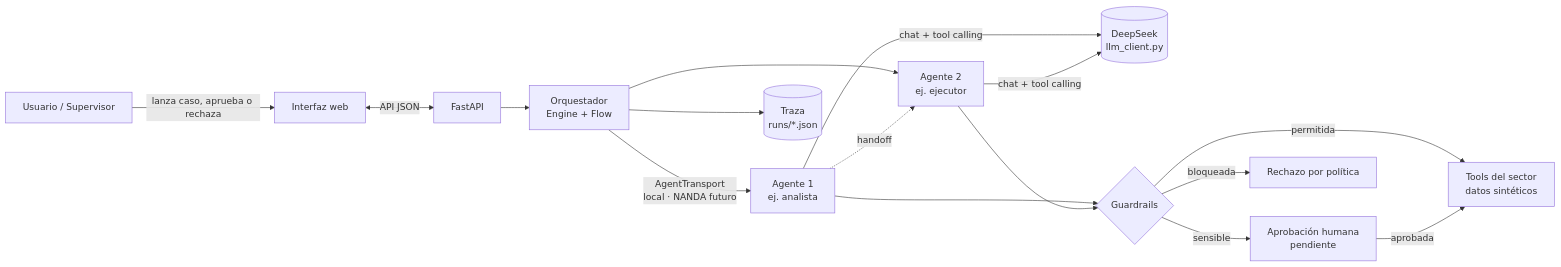
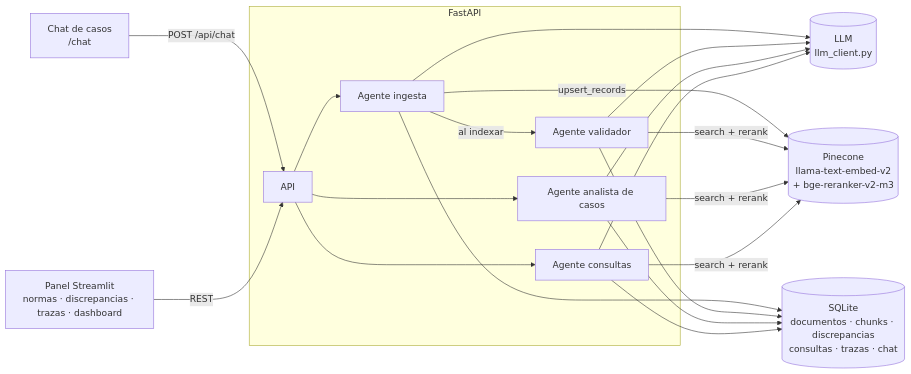
The diagram in README.md (vega012/hacktaton), drawn with Mermaid before and after one commit. The commit also changed other lines of this file and 1 other file, not shown here.

First line of the commit message:
README y PITCH del caso B2 normativa

````diff
--- a/README.md
+++ b/README.md
@@ -26,16 +43,19 @@
 ```mermaid
 flowchart LR
-    U[Usuario / Supervisor] -->|lanza caso, aprueba o rechaza| UI[Interfaz web]
-    UI <-->|API JSON| API[FastAPI]
-    API --> ENG[Orquestador<br/>Engine + Flow]
-    ENG -->|AgentTransport<br/>local · NANDA futuro| A1[Agente 1<br/>ej. analista]
-    ENG --> A2[Agente 2<br/>ej. ejecutor]
-    A1 -. handoff .-> A2
-    A1 & A2 -->|chat + tool calling| LLM[(DeepSeek<br/>llm_client.py)]
-    A1 & A2 --> G{Guardrails}
-    G -->|permitida| T[Tools del sector<br/>datos sintéticos]
-    G -->|sensible| AP[Aprobación humana<br/>pendiente]
-    G -->|bloqueada| X[Rechazo por política]
-    AP -->|aprobada| T
-    ENG --> TR[(Traza<br/>runs/*.json)]
+  CH[Chat de casos<br/>/chat] -->|POST /api/chat| API
+  ST[Panel Streamlit<br/>normas · discrepancias · trazas · dashboard] -->|REST| API
+  subgraph FastAPI
+    API[API]
+    IN[Agente ingesta]
+    VA[Agente validador]
+    AC[Agente analista de casos]
+    CO[Agente consultas]
+  end
+  API --> IN -->|al indexar| VA
+  API --> AC
+  API --> CO
+  IN & VA & AC & CO --> LLM[(LLM<br/>llm_client.py)]
+  IN -->|upsert_records| PC[(Pinecone<br/>llama-text-embed-v2<br/>+ bge-reranker-v2-m3)]
+  VA & AC & CO -->|search + rerank| PC
+  IN & VA & AC & CO --> DB[(SQLite<br/>documentos · chunks · discrepancias<br/>consultas · trazas · chat)]
 ```
````
